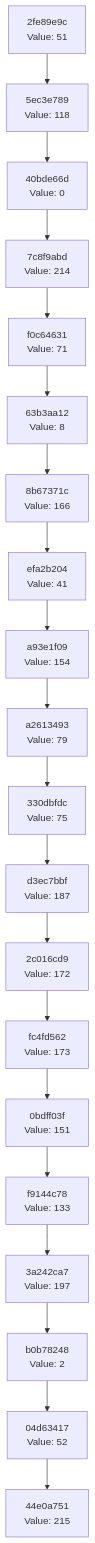
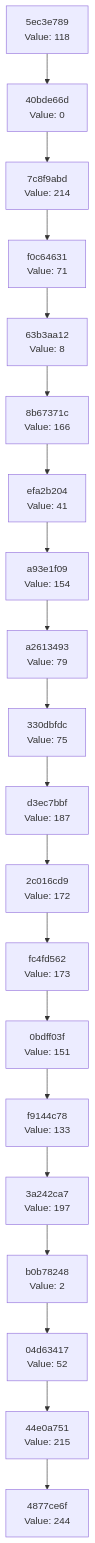
The diagram in docs/CHAIN_VISUALIZATION.md (Abhisheksinha1506/hash-chain-evolver), drawn with Mermaid before and after one commit. The commit also changed 3 other files, not shown here.

````diff
--- a/docs/CHAIN_VISUALIZATION.md
+++ b/docs/CHAIN_VISUALIZATION.md
@@ -3,42 +3,42 @@
 ```mermaid
 graph TD
-    C0["44e0a751<br/>Value: 215"]
-    C1["04d63417<br/>Value: 52"]
+    C0["4877ce6f<br/>Value: 244"]
+    C1["44e0a751<br/>Value: 215"]
     C1 --> C0
-    C2["b0b78248<br/>Value: 2"]
+    C2["04d63417<br/>Value: 52"]
     C2 --> C1
-    C3["3a242ca7<br/>Value: 197"]
+    C3["b0b78248<br/>Value: 2"]
     C3 --> C2
-    C4["f9144c78<br/>Value: 133"]
+    C4["3a242ca7<br/>Value: 197"]
     C4 --> C3
-    C5["0bdff03f<br/>Value: 151"]
+    C5["f9144c78<br/>Value: 133"]
     C5 --> C4
-    C6["fc4fd562<br/>Value: 173"]
+    C6["0bdff03f<br/>Value: 151"]
     C6 --> C5
-    C7["2c016cd9<br/>Value: 172"]
+    C7["fc4fd562<br/>Value: 173"]
     C7 --> C6
-    C8["d3ec7bbf<br/>Value: 187"]
+    C8["2c016cd9<br/>Value: 172"]
     C8 --> C7
-    C9["330dbfdc<br/>Value: 75"]
+    C9["d3ec7bbf<br/>Value: 187"]
     C9 --> C8
-    C10["a2613493<br/>Value: 79"]
+    C10["330dbfdc<br/>Value: 75"]
     C10 --> C9
-    C11["a93e1f09<br/>Value: 154"]
+    C11["a2613493<br/>Value: 79"]
     C11 --> C10
-    C12["efa2b204<br/>Value: 41"]
+    C12["a93e1f09<br/>Value: 154"]
     C12 --> C11
-    C13["8b67371c<br/>Value: 166"]
+    C13["efa2b204<br/>Value: 41"]
     C13 --> C12
-    C14["63b3aa12<br/>Value: 8"]
+    C14["8b67371c<br/>Value: 166"]
     C14 --> C13
-    C15["f0c64631<br/>Value: 71"]
+    C15["63b3aa12<br/>Value: 8"]
     C15 --> C14
-    C16["7c8f9abd<br/>Value: 214"]
+    C16["f0c64631<br/>Value: 71"]
     C16 --> C15
-    C17["40bde66d<br/>Value: 0"]
+    C17["7c8f9abd<br/>Value: 214"]
     C17 --> C16
-    C18["5ec3e789<br/>Value: 118"]
+    C18["40bde66d<br/>Value: 0"]
     C18 --> C17
-    C19["2fe89e9c<br/>Value: 51"]
+    C19["5ec3e789<br/>Value: 118"]
     C19 --> C18
 ```
````
